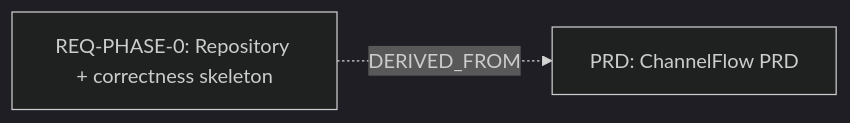
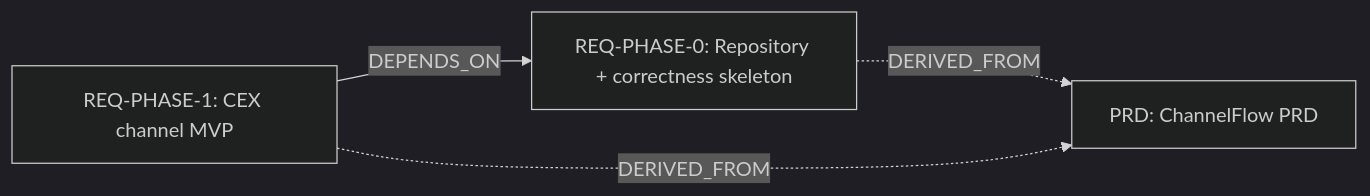
One commit to nikshev/market-forge changed the first of 11 diagrams in vault/00-index/Traceability Dashboard.md. Above: the diagram before and after it, drawn with Mermaid (dark theme). The commit also changed other lines of this file, not shown here.

````diff
--- a/vault/00-index/Traceability Dashboard.md
+++ b/vault/00-index/Traceability Dashboard.md
@@ -105,6 +105,9 @@
 ```mermaid
 graph LR
   PRD["PRD: ChannelFlow PRD"]
   REQ_PHASE_0["REQ-PHASE-0: Repository + correctness skeleton"]
+  REQ_PHASE_1["REQ-PHASE-1: CEX channel MVP"]
+  REQ_PHASE_1 -->|DEPENDS_ON| REQ_PHASE_0
   REQ_PHASE_0 -.->|DERIVED_FROM| PRD
+  REQ_PHASE_1 -.->|DERIVED_FROM| PRD
 ```
````
